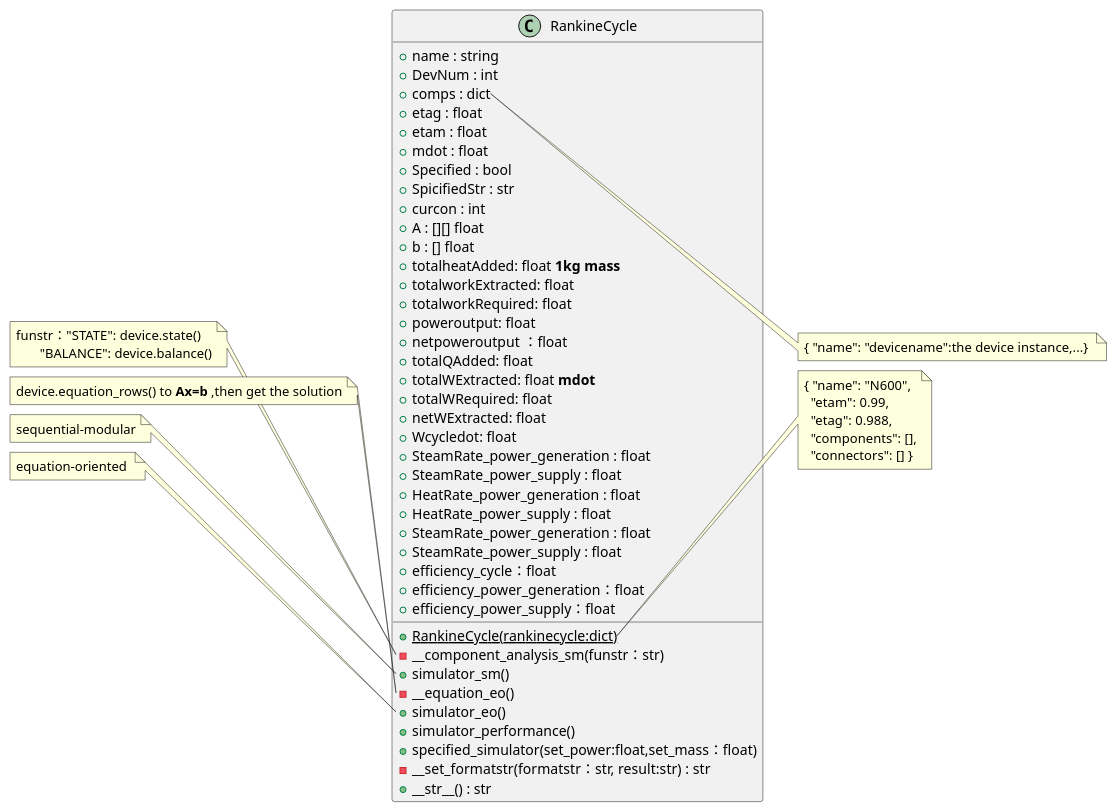
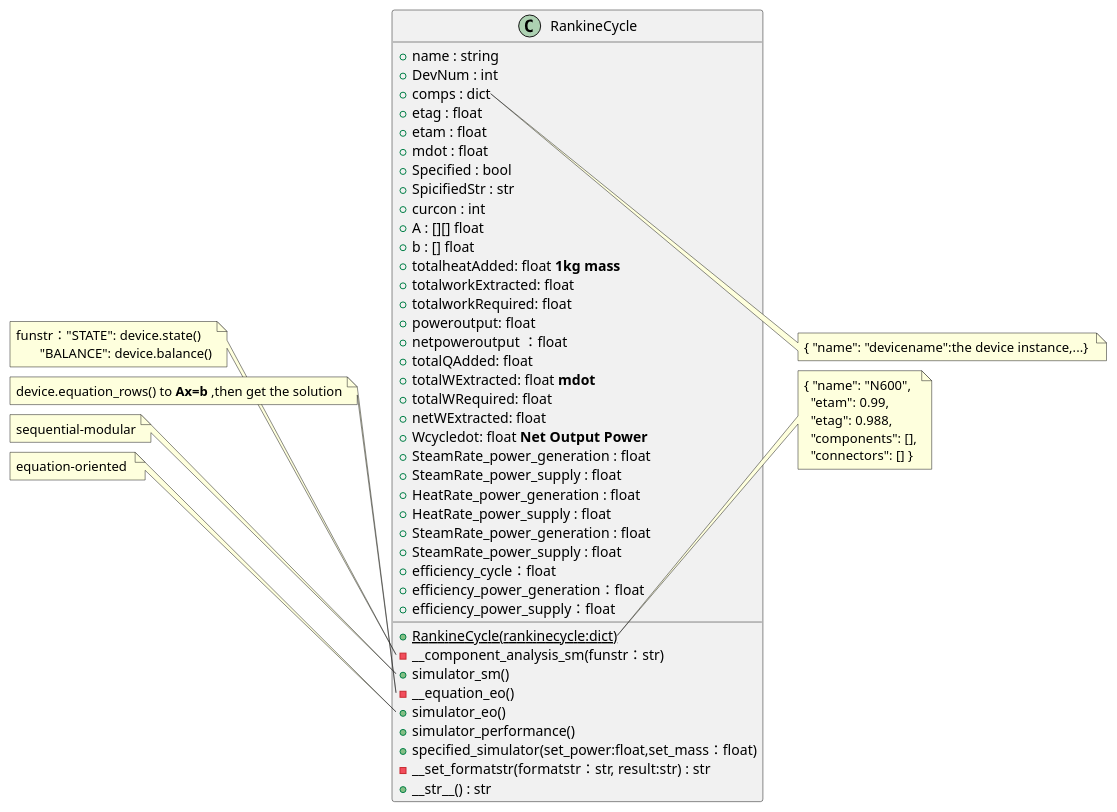
The diagram in uml/RankineCycle.puml (thermalogic/PyRankine), drawn with PlantUML before and after one commit. The commit also changed 2 other files, not shown here.

```diff
--- a/uml/RankineCycle.puml
+++ b/uml/RankineCycle.puml
@@ -1,66 +1,66 @@
 @startuml
 class RankineCycle{
     + name : string 
     + DevNum : int
     + comps : dict
     + etag : float
     + etam : float
     + mdot : float 
     + Specified : bool
     + SpicifiedStr : str
     + curcon : int 
     + A : [][] float 
     + b : [] float
     + totalheatAdded: float **1kg mass**
     + totalworkExtracted: float
     + totalworkRequired: float
     + poweroutput: float
     + netpoweroutput ：float
     + totalQAdded: float
     + totalWExtracted: float **mdot**
     + totalWRequired: float
     + netWExtracted: float
-    + Wcycledot: float
+    + Wcycledot: float **Net Output Power**
     + SteamRate_power_generation : float  
     + SteamRate_power_supply : float
     + HeatRate_power_generation : float  
     + HeatRate_power_supply : float
     + SteamRate_power_generation : float  
     + SteamRate_power_supply : float
     + efficiency_cycle：float
     + efficiency_power_generation：float
     + efficiency_power_supply：float
     + {static} RankineCycle(rankinecycle:dict)
     - __component_analysis_sm(funstr：str)
     + simulator_sm()
     - __equation_eo()
     + simulator_eo()
     + simulator_performance()
     + specified_simulator(set_power:float,set_mass：float)
     - __set_formatstr(formatstr：str, result:str) : str
     +__str__() : str
 }
 note left of RankineCycle::component_analysis_sm
    funstr："STATE": device.state()
           "BALANCE": device.balance()
 end note
 note left of RankineCycle::equation_eo
    device.equation_rows() to **Ax=b** ,then get the solution
 end note
 note left of RankineCycle::simulator_sm
    sequential-modular
 end note
 note left of RankineCycle::simulator_eo
     equation-oriented 
 end note
 note right of RankineCycle::comps
   { "name": "devicename":the device instance,...} 
 end note
 note right of RankineCycle::RankineCycle
   { "name": "N600",
     "etam": 0.99,
     "etag": 0.988,
     "components": [],
     "connectors": [] } 
 end note
 @enduml
```
